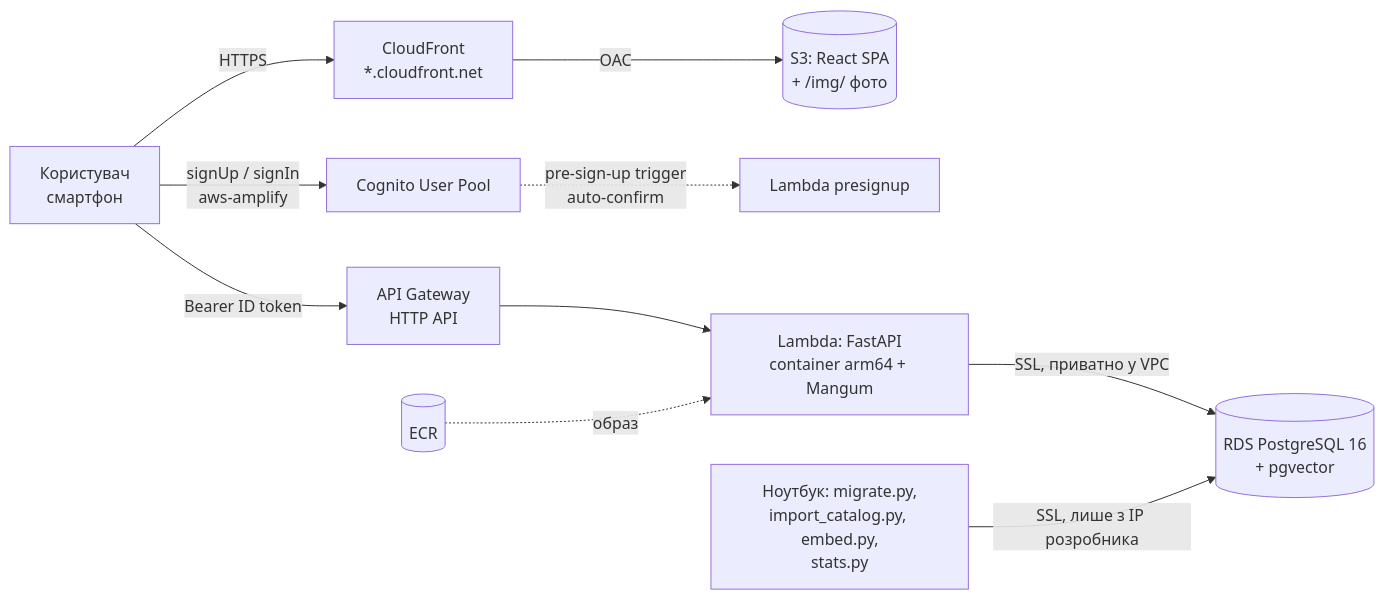
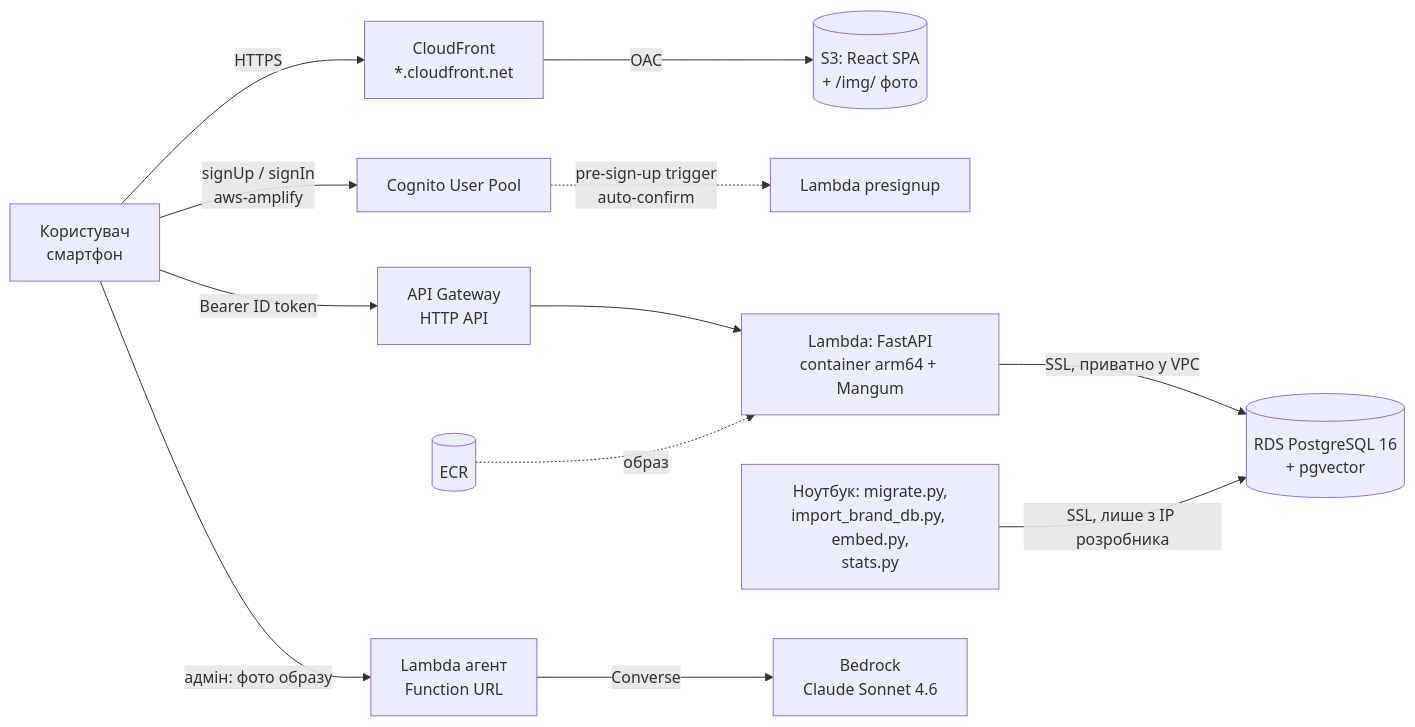
One commit to TarasKonoval/guglya changed the diagram in README.md. Above: the diagram before and after it, drawn with Mermaid. The commit also changed other lines of this file and 8 other files, not shown here.

````diff
--- a/README.md
+++ b/README.md
@@ -35,12 +37,13 @@
 ```mermaid
 flowchart LR
   U[Користувач<br/>смартфон] -->|HTTPS| CF[CloudFront<br/>*.cloudfront.net]
   CF -->|OAC| S3[(S3: React SPA<br/>+ /img/ фото)]
   U -->|signUp / signIn<br/>aws-amplify| COG[Cognito User Pool]
   COG -.->|pre-sign-up trigger<br/>auto-confirm| PSL[Lambda presignup]
   U -->|Bearer ID token| APIGW[API Gateway<br/>HTTP API]
   APIGW --> L[Lambda: FastAPI<br/>container arm64 + Mangum]
   L -->|SSL, приватно у VPC| RDS[(RDS PostgreSQL 16<br/>+ pgvector)]
   ECR[(ECR)] -.->|образ| L
-  DEV[Ноутбук: migrate.py,<br/>import_catalog.py, embed.py,<br/>stats.py] -->|SSL, лише з IP розробника| RDS
+  DEV[Ноутбук: migrate.py,<br/>import_brand_db.py, embed.py,<br/>stats.py] -->|SSL, лише з IP розробника| RDS
+  U -->|адмін: фото образу| AG[Lambda агент<br/>Function URL] -->|Converse| BR[Bedrock<br/>Claude Sonnet 4.6]
 ```
````
